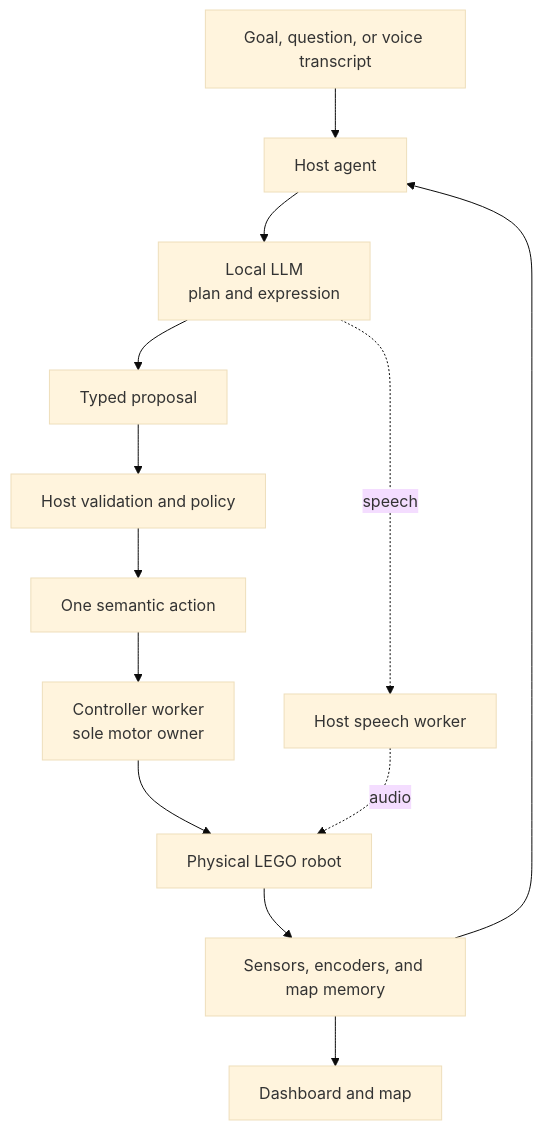
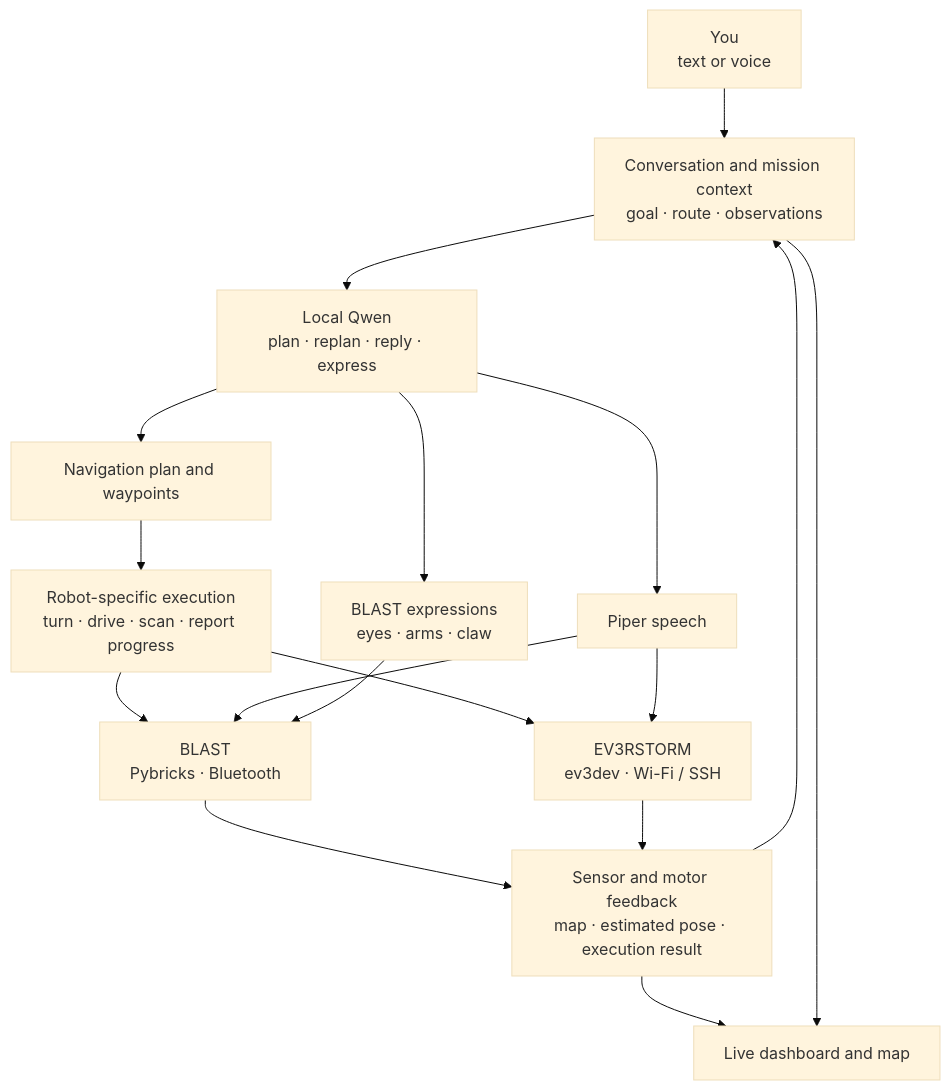
One commit to Jawbreaker1/robot-llm changed the diagram in README.md. Above: the diagram before and after it, drawn with Mermaid (base theme). The commit also changed other lines of this file, not shown here.

Commit message:
Present Robot LLM Lab as a cohesive product in README

````diff
--- a/README.md
+++ b/README.md
@@ -113,15 +74,19 @@
 ```mermaid
 flowchart TD
-    U["Goal, question, or voice transcript"] --> H["Host agent"]
-    S["Sensors, encoders, and map memory"] --> H
-    H --> L["Local LLM<br/>plan and expression"]
-    L --> V["Typed proposal"]
-    V --> P["Host validation and policy"]
-    P --> A["One semantic action"]
-    A --> W["Controller worker<br/>sole motor owner"]
-    W --> R["Physical LEGO robot"]
-    R --> S
-    L -. speech .-> T["Host speech worker"]
-    T -. audio .-> R
-    S --> D["Dashboard and map"]
+    U["You<br/>text or voice"] --> H["Conversation and mission context<br/>goal · route · observations"]
+    H --> Q["Local Qwen<br/>plan · replan · reply · express"]
+    Q --> P["Navigation plan and waypoints"]
+    P --> X["Robot-specific execution<br/>turn · drive · scan · report progress"]
+    X --> B["BLAST<br/>Pybricks · Bluetooth"]
+    X --> E["EV3RSTORM<br/>ev3dev · Wi-Fi / SSH"]
+    Q --> T["Piper speech"]
+    T --> B
+    T --> E
+    Q --> G["BLAST expressions<br/>eyes · arms · claw"]
+    G --> B
+    B --> O["Sensor and motor feedback<br/>map · estimated pose · execution result"]
+    E --> O
+    O --> H
+    O --> D["Live dashboard and map"]
+    H --> D
 ```
````
